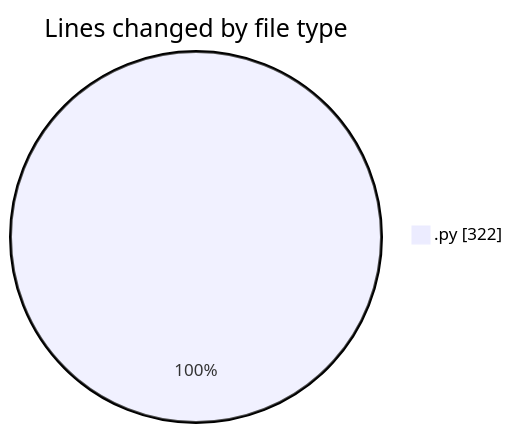
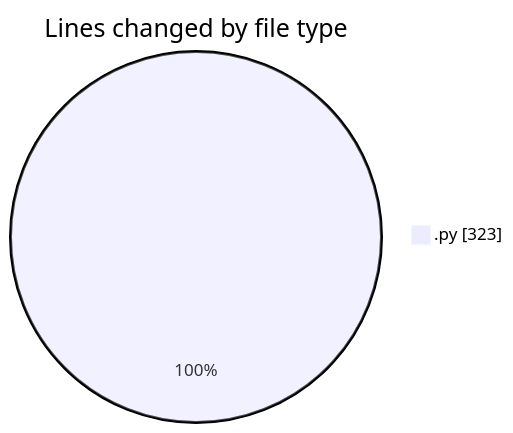
One commit to momahboobian/code-tracking changed the first of 2 diagrams in 2025-02-24/samplepdf/README.md. Above: the diagram before and after it, drawn with Mermaid. The commit also changed other lines of this file and 1 other file, not shown here.

````diff
--- a/2025-02-24/samplepdf/README.md
+++ b/2025-02-24/samplepdf/README.md
@@ -23,5 +23,5 @@
 ```mermaid
 pie showData
 title Lines changed by file type
-".py" : 322
+".py" : 323
 ```
````
